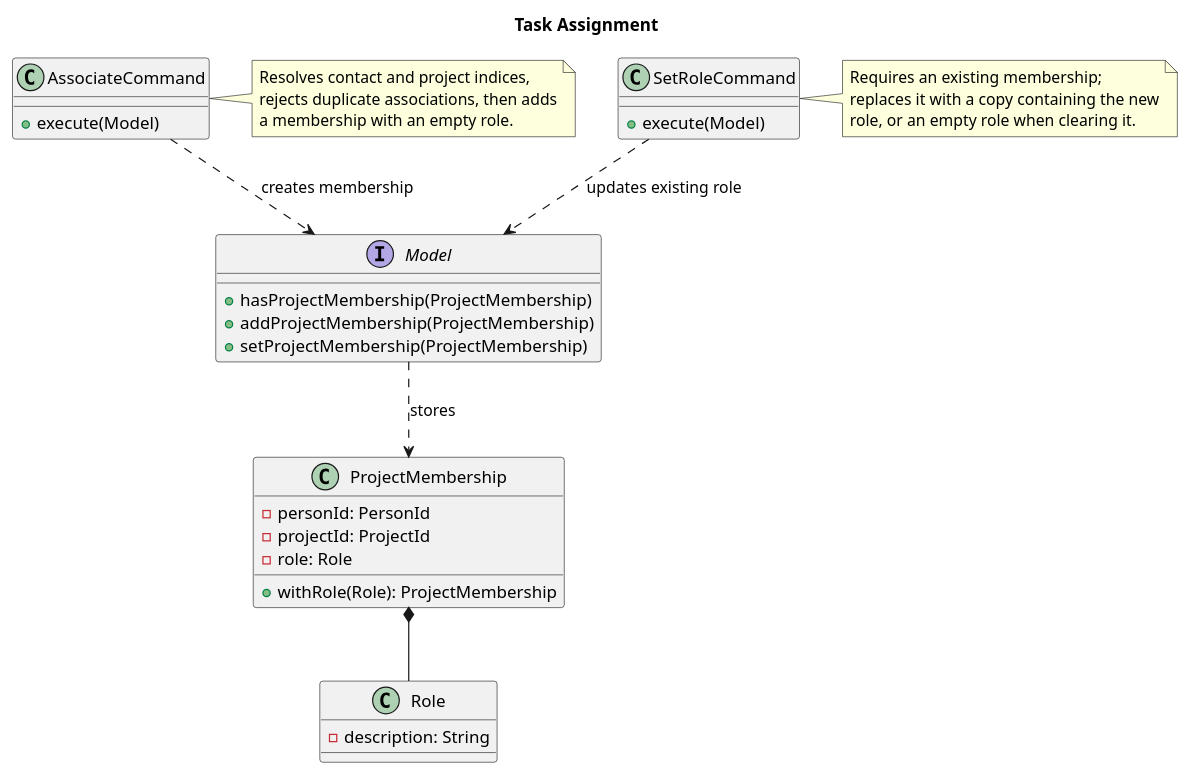
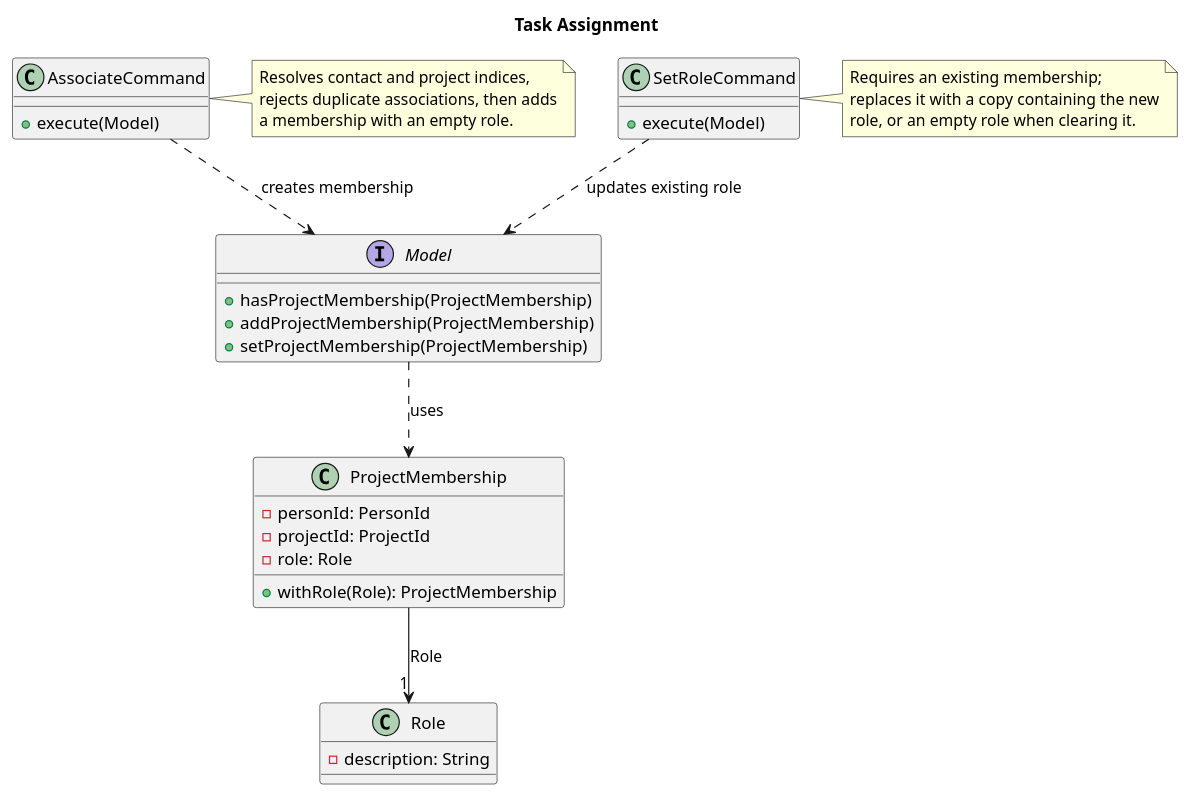
One commit to AY2627S1-CS2103T-T08-2/tp changed the diagram in docs/diagrams/RoleAssignment.puml. Above: the diagram before and after it, drawn with PlantUML.

Commit message:
Make role assignment puml more accurate

```diff
--- a/docs/diagrams/RoleAssignment.puml
+++ b/docs/diagrams/RoleAssignment.puml
@@ -1,45 +1,45 @@
 @startuml
 title Task Assignment
 
 class AssociateCommand {
   +execute(Model)
 }
 
 class SetRoleCommand {
   +execute(Model)
 }
 
 interface Model {
   +hasProjectMembership(ProjectMembership)
   +addProjectMembership(ProjectMembership)
   +setProjectMembership(ProjectMembership)
 }
 
 class ProjectMembership {
   -personId: PersonId
   -projectId: ProjectId
   -role: Role
   +withRole(Role): ProjectMembership
 }
 
 class Role {
   -description: String
 }
 
 AssociateCommand ..> Model : creates membership
 SetRoleCommand ..> Model : updates existing role
-Model ..> ProjectMembership : stores
-ProjectMembership *-- Role
+Model ..> ProjectMembership : uses
+ProjectMembership --> "1" Role : Role
 
 note right of AssociateCommand
   Resolves contact and project indices,
   rejects duplicate associations, then adds
   a membership with an empty role.
 end note
 
 note right of SetRoleCommand
   Requires an existing membership;
   replaces it with a copy containing the new
   role, or an empty role when clearing it.
 end note
 @enduml
```
